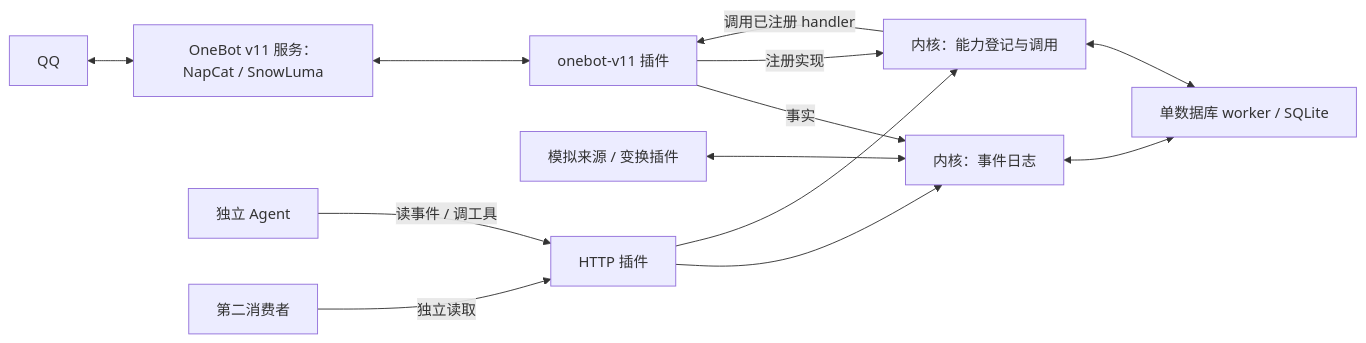
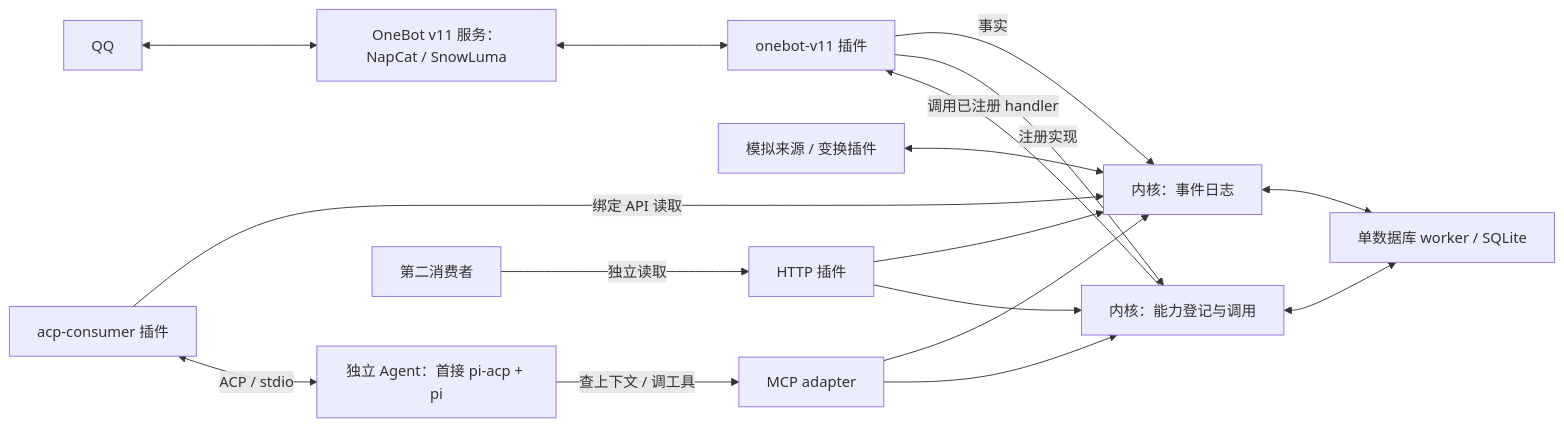
Before and after one commit to ycychome/Imbrex: the diagram in docs/architecture.md, drawn with Mermaid. The commit also changed other lines of this file and 16 other files, not shown here.

Commit message:
docs: align M1 goals with MCP and ACP integration (#7)

````diff
--- a/docs/architecture.md
+++ b/docs/architecture.md
@@ -13,15 +13,19 @@
 ```mermaid
 flowchart LR
     QQ["QQ"] <--> OB["OneBot v11 服务：NapCat / SnowLuma"]
     OB <--> P["onebot-v11 插件"]
     P -->|事实| E["内核：事件日志"]
     P -->|注册实现| C["内核：能力登记与调用"]
     F["模拟来源 / 变换插件"] <--> E
     E <--> DB["单数据库 worker / SQLite"]
     C <--> DB
     H["HTTP 插件"] --> E
     H --> C
-    A["独立 Agent"] -->|读事件 / 调工具| H
+    M["MCP adapter"] --> E
+    M --> C
+    U["acp-consumer 插件"] -->|绑定 API 读取| E
+    U <-->|ACP / stdio| A["独立 Agent：首接 pi-acp + pi"]
+    A -->|查上下文 / 调工具| M
     O["第二消费者"] -->|独立读取| H
     C -->|调用已注册 handler| P
 ```
````
